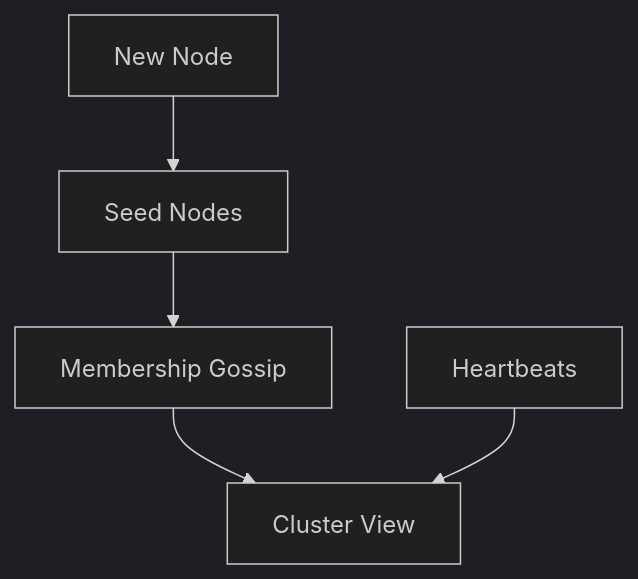
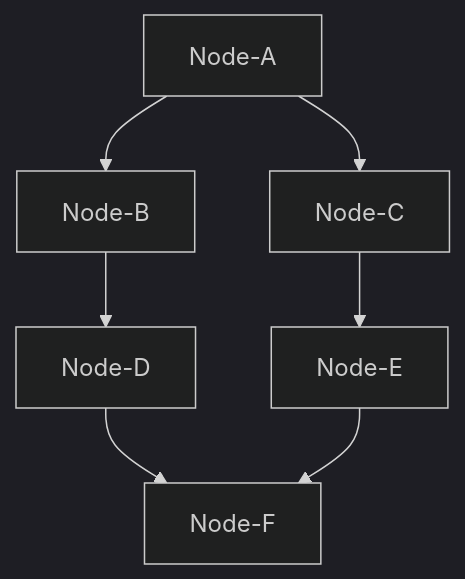
Before and after one commit to hareramcse/SystemDesign: diagram 41 of 44 in 05-distributed-databases/README.md, drawn with Mermaid (dark theme). The commit also changed other lines of this file, not shown here.

````diff
--- a/05-distributed-databases/README.md
+++ b/05-distributed-databases/README.md
@@ -2370,7 +5373,9 @@
 ```mermaid
 flowchart TB
-    Join[New Node] --> Seed[Seed Nodes]
-    Seed --> Gossip[Membership Gossip]
-    Gossip --> View[Cluster View]
-    Heartbeat[Heartbeats] --> View
+    A[Node-A] --> B[Node-B]
+    A --> C[Node-C]
+    B --> D[Node-D]
+    C --> E[Node-E]
+    D --> F[Node-F]
+    E --> F
 ```
````
